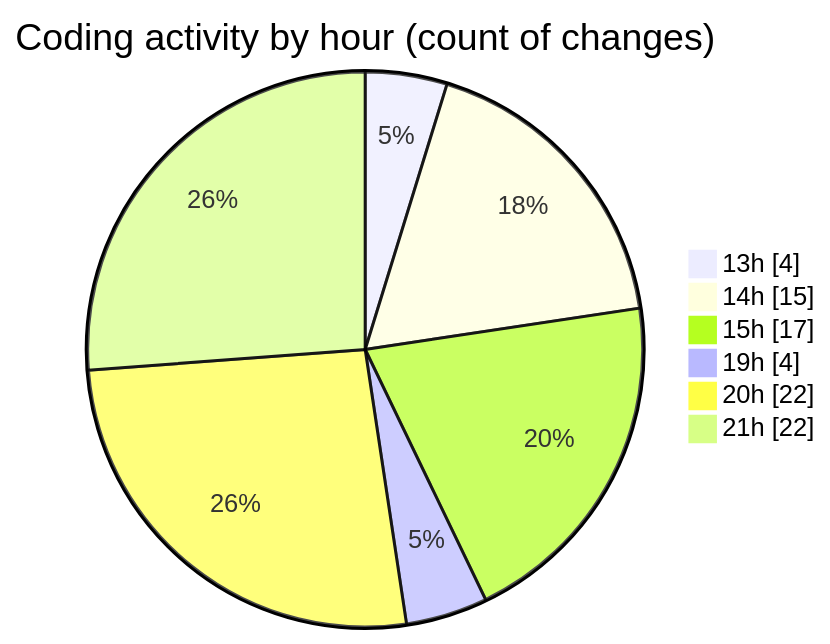
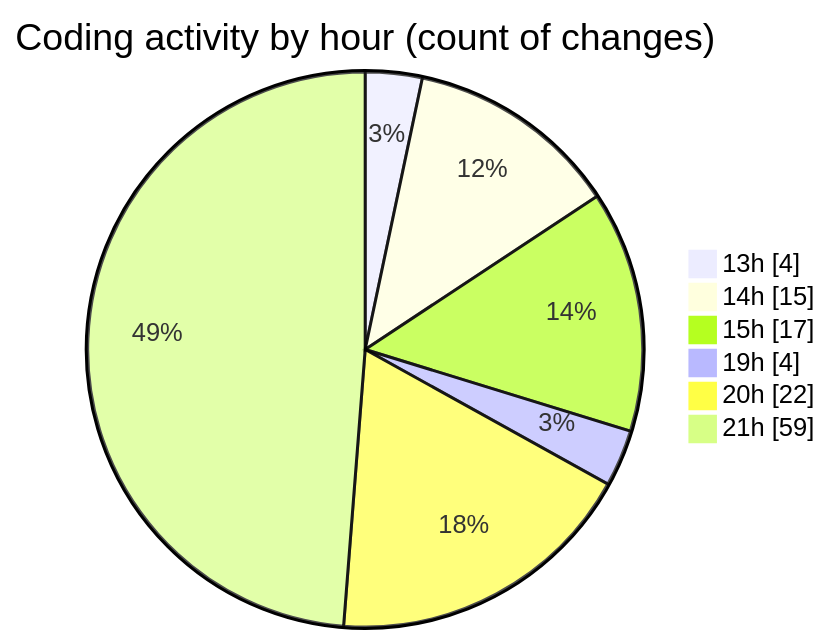
Before and after one commit to Ritupan-Deka/code-tracking: the second of 2 diagrams in 2025-01-21/projects/README.md, drawn with Mermaid. The commit also changed other lines of this file and 1 other file, not shown here.

````diff
--- a/2025-01-21/projects/README.md
+++ b/2025-01-21/projects/README.md
@@ -42,10 +42,10 @@
 ```mermaid
 pie showData
 title Coding activity by hour (count of changes)
 "13h" : 4
 "14h" : 15
 "15h" : 17
 "19h" : 4
 "20h" : 22
-"21h" : 22
+"21h" : 59
 ```
````
